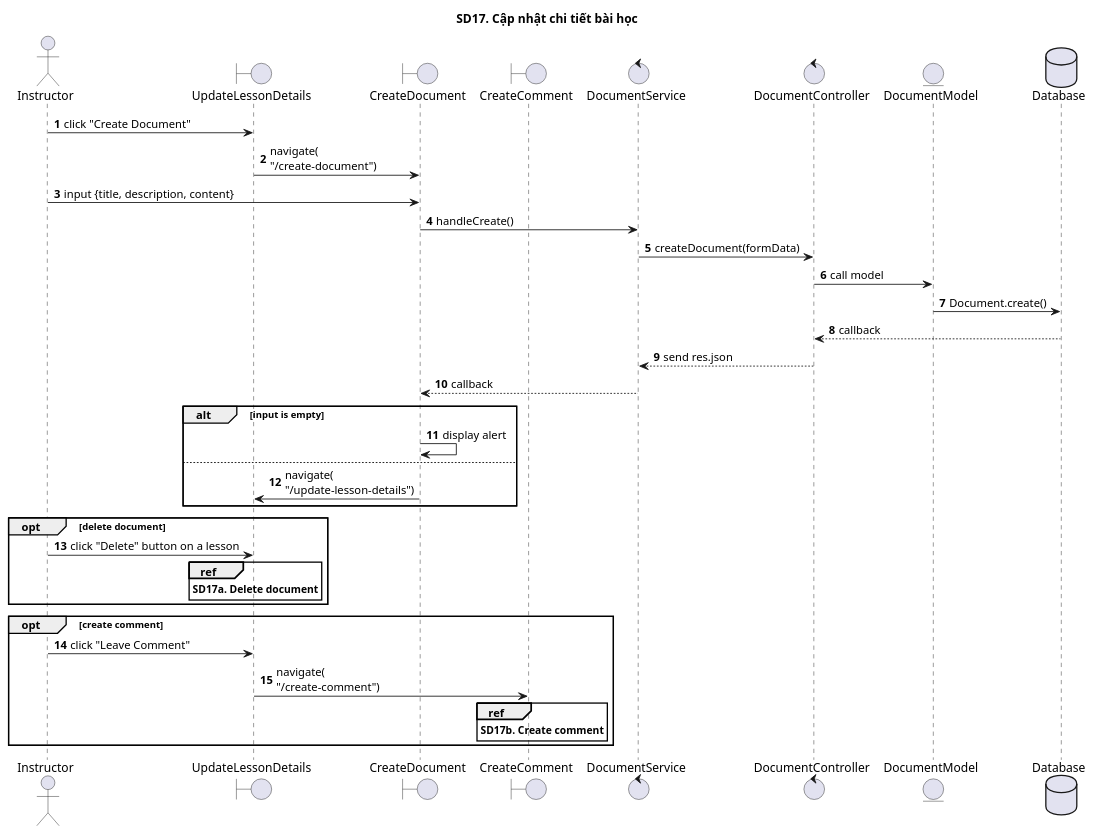
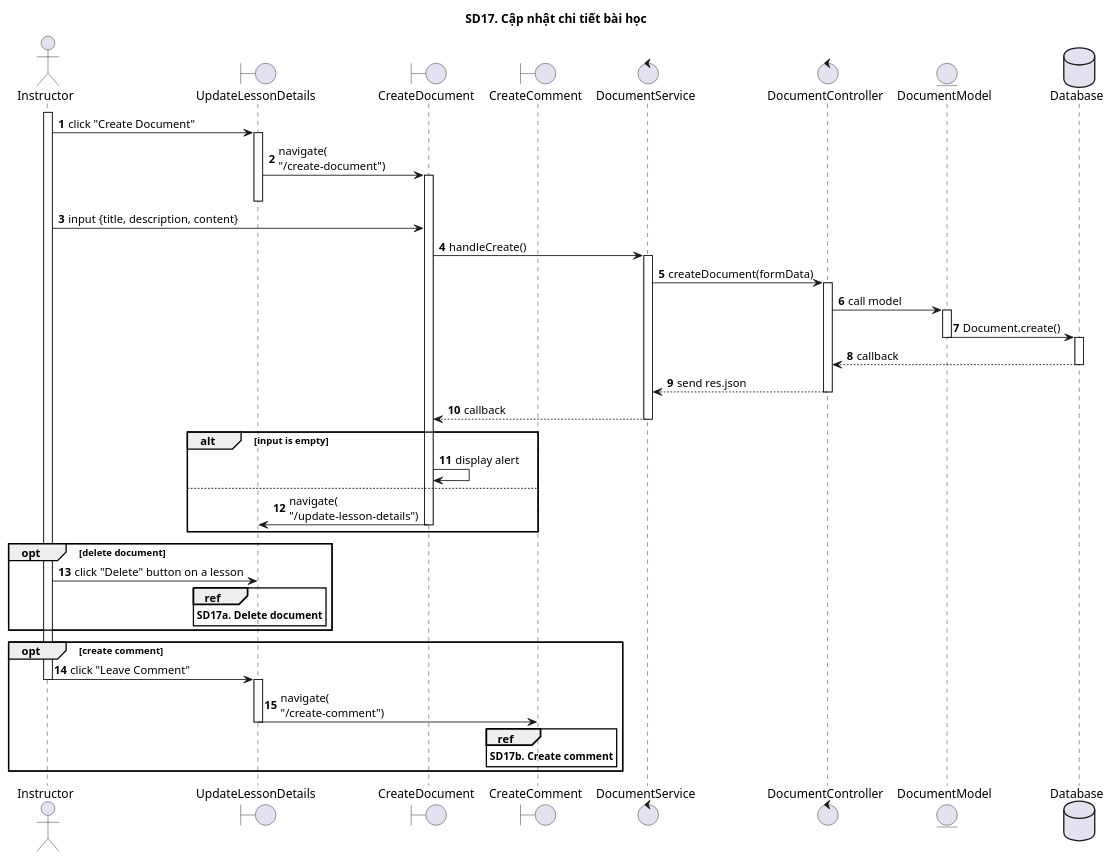
The diagram in SequenceDiagrams/CNPMHDT/New/sd17.puml (The-Cookies-Team/UML-Diagrams), drawn with PlantUML before and after one commit. The commit also changed 12 other files, not shown here.

```diff
--- a/SequenceDiagrams/CNPMHDT/New/sd17.puml
+++ b/SequenceDiagrams/CNPMHDT/New/sd17.puml
@@ -1,47 +1,62 @@
 @startuml SQ
 
 autonumber
 
 title SD17. Cập nhật chi tiết bài học
 
 actor "Instructor"
 boundary "UpdateLessonDetails"
 boundary "CreateDocument"
 boundary "CreateComment"
 control "DocumentService"
 control "DocumentController"
 entity "DocumentModel"
 database "Database" as Database
-
+activate Instructor
 Instructor -> UpdateLessonDetails: click "Create Document"
+activate UpdateLessonDetails
 UpdateLessonDetails -> CreateDocument: navigate(\n"/create-document")
+activate CreateDocument
+deactivate UpdateLessonDetails
 Instructor -> CreateDocument: input {title, description, content}
 CreateDocument -> DocumentService: handleCreate()
+activate DocumentService
 DocumentService -> DocumentController: createDocument(formData)
+activate DocumentController
 DocumentController -> DocumentModel: call model
+activate DocumentModel
 DocumentModel -> Database: Document.create()
+deactivate DocumentModel
+activate Database
 Database --> DocumentController: callback
+deactivate Database
 DocumentController --> DocumentService: send res.json
+deactivate DocumentController
 DocumentService --> CreateDocument: callback
+deactivate DocumentService
 
 alt input is empty
 CreateDocument -> CreateDocument: display alert
 else
 CreateDocument -> UpdateLessonDetails: navigate(\n"/update-lesson-details")
+deactivate CreateDocument
 end
 
 opt delete document
 Instructor -> UpdateLessonDetails: click "Delete" button on a lesson
 ref over UpdateLessonDetails
 **SD17a. Delete document**
 end ref
 end
 
 opt create comment
 Instructor -> UpdateLessonDetails: click "Leave Comment"
+deactivate Instructor
+activate UpdateLessonDetails
 UpdateLessonDetails -> CreateComment: navigate(\n"/create-comment")
+deactivate UpdateLessonDetails
 ref over CreateComment
 **SD17b. Create comment**
 end ref
 end
 @enduml
```
